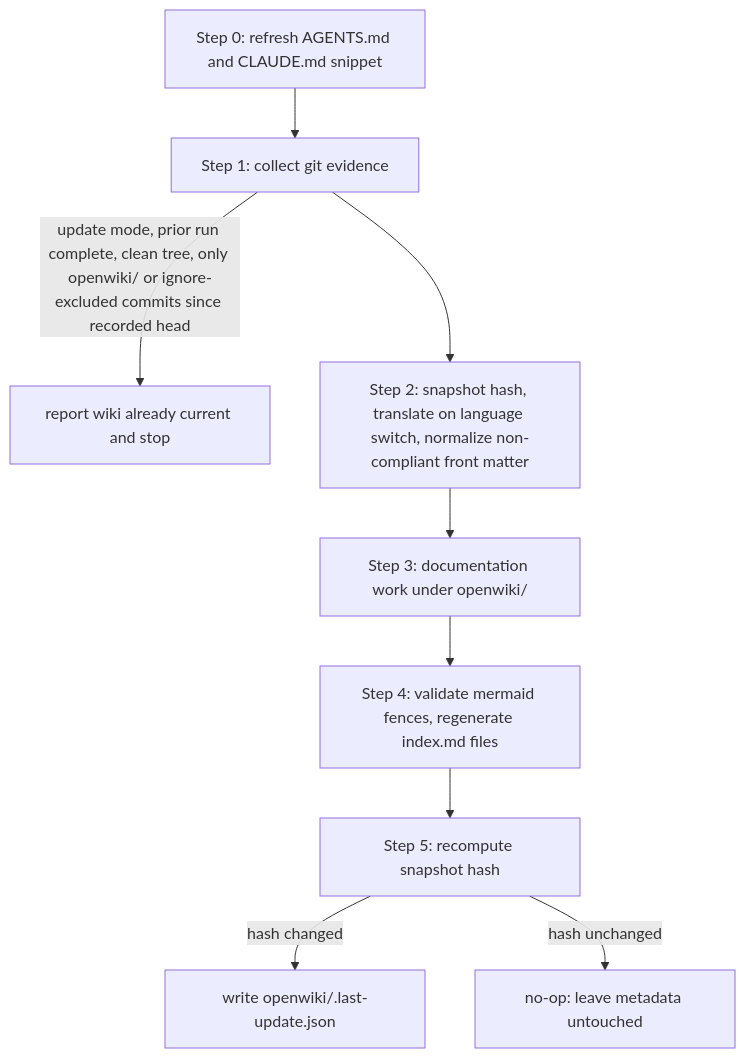
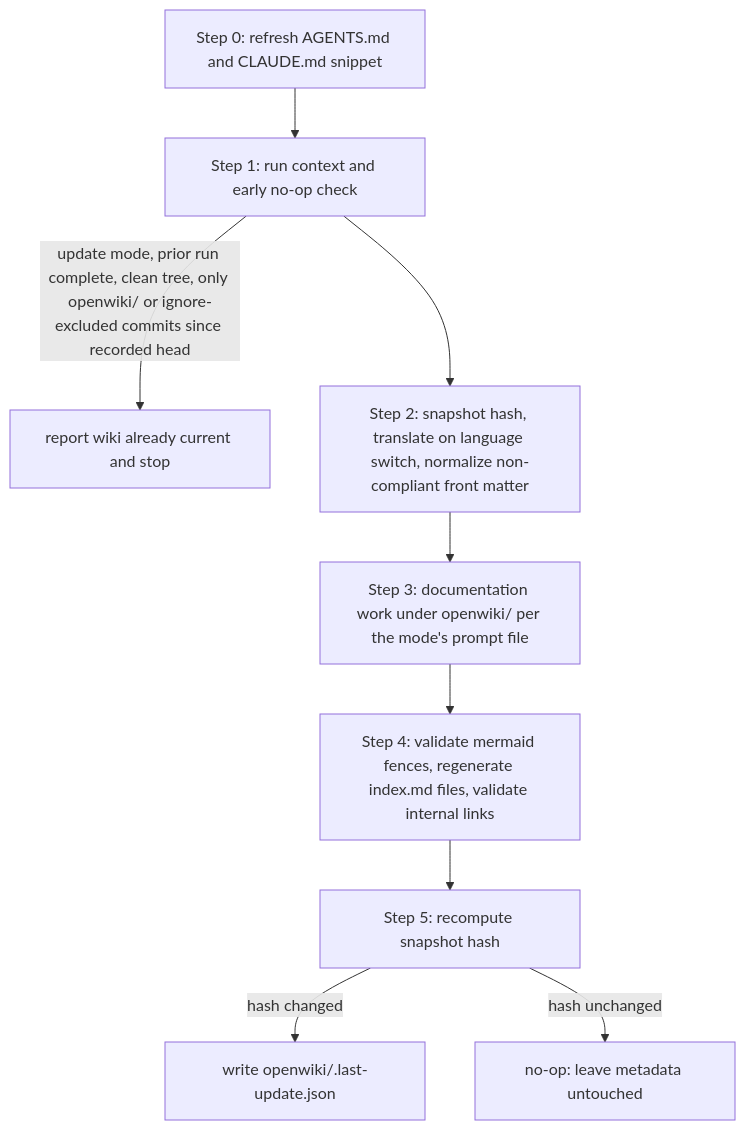
The diagram in openwiki/quickstart.md (JHSeo-git/openwiki-skill), drawn with Mermaid before and after one commit. The commit also changed other lines of this file and 2 other files, not shown here.

Commit message:
docs: openwiki update — quickstart catches up to v0.3.0, AGENTS.md snippet refreshed, out-of-wiki links become inline code refs

````diff
--- a/openwiki/quickstart.md
+++ b/openwiki/quickstart.md
@@ -45,11 +47,11 @@
 ```mermaid
 flowchart TD
-    S0["Step 0: refresh AGENTS.md and CLAUDE.md snippet"] --> S1["Step 1: collect git evidence"]
+    S0["Step 0: refresh AGENTS.md and CLAUDE.md snippet"] --> S1["Step 1: run context and early no-op check"]
     S1 -->|"update mode, prior run complete, clean tree, only openwiki/ or ignore-excluded commits since recorded head"| NOOP["report wiki already current and stop"]
     S1 --> S2["Step 2: snapshot hash, translate on language switch, normalize non-compliant front matter"]
-    S2 --> S3["Step 3: documentation work under openwiki/"]
-    S3 --> S4["Step 4: validate mermaid fences, regenerate index.md files"]
+    S2 --> S3["Step 3: documentation work under openwiki/ per the mode's prompt file"]
+    S3 --> S4["Step 4: validate mermaid fences, regenerate index.md files, validate internal links"]
     S4 --> S5["Step 5: recompute snapshot hash"]
     S5 -->|"hash changed"| META["write openwiki/.last-update.json"]
     S5 -->|"hash unchanged"| CURRENT["no-op: leave metadata untouched"]
 ```
````
